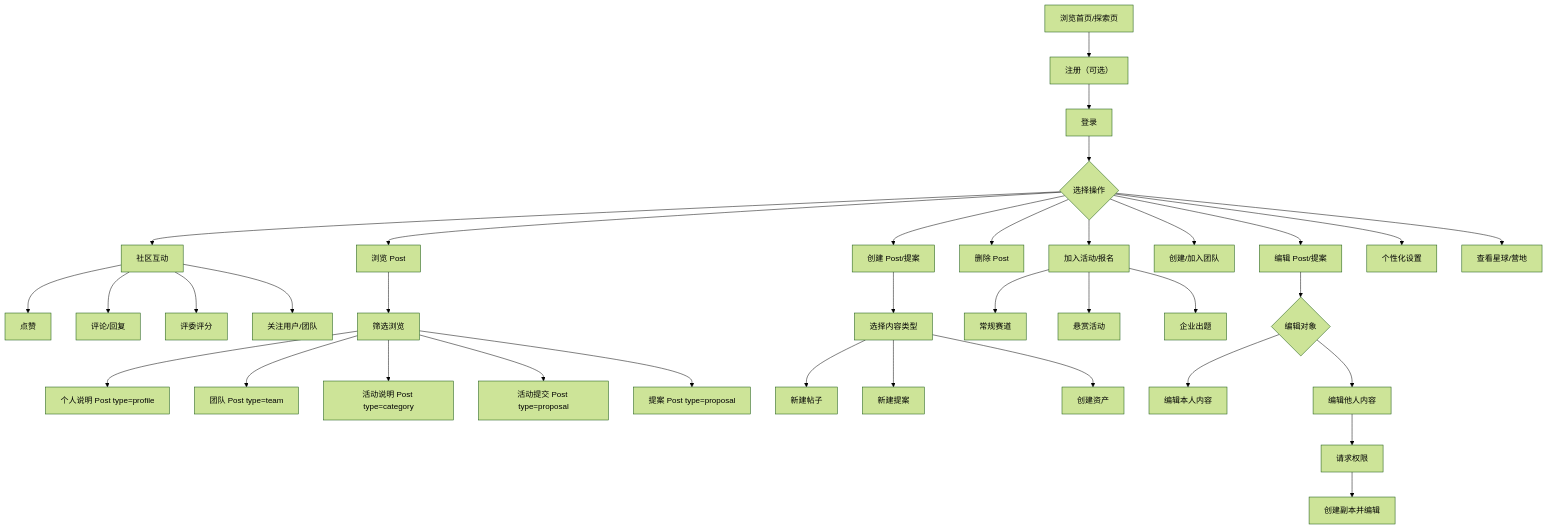
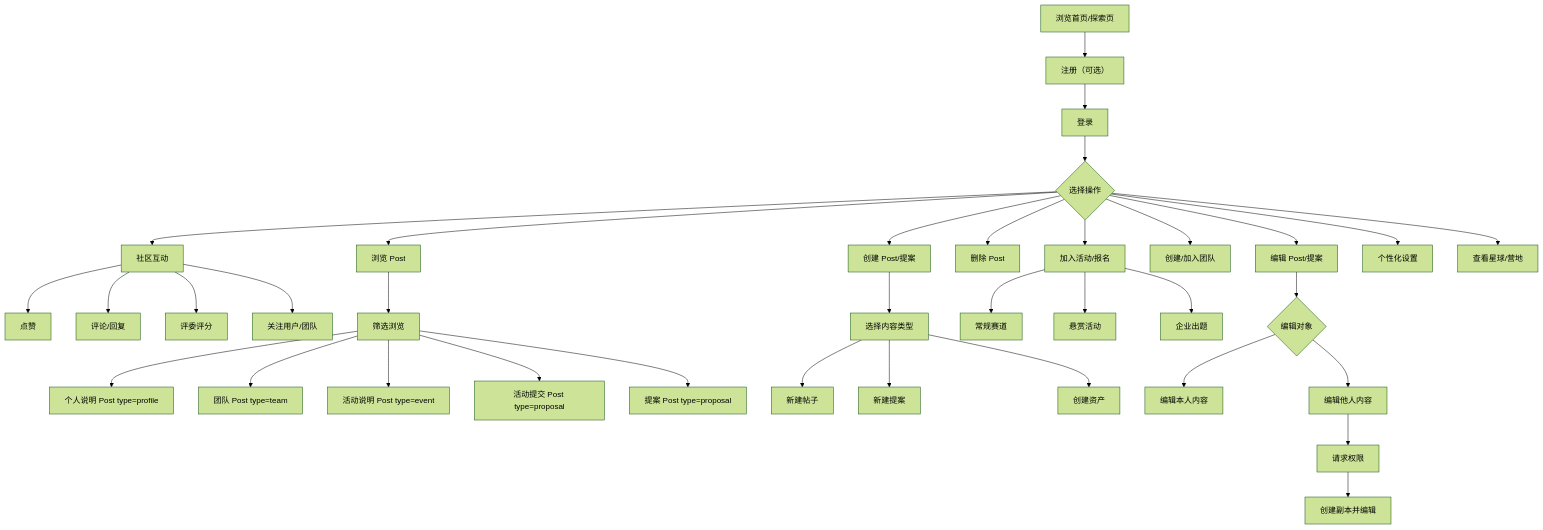
The diagram in docs/user-journeys/appendix-a-user-lifetime.md (H2OSLabs/SynnovatorZero), drawn with Mermaid (forest theme) before and after one commit. The commit also changed 210 other files, not shown here.

First line of the commit message:
refactor: rename 'category' to 'event' throughout codebase

````diff
--- a/docs/user-journeys/appendix-a-user-lifetime.md
+++ b/docs/user-journeys/appendix-a-user-lifetime.md
@@ -3,42 +3,42 @@
 ```mermaid
 flowchart TD
     A[浏览首页/探索页] --> B[注册（可选）]
     B --> C[登录]
     C --> D{选择操作}
     D --> E[浏览 Post]
     D --> F[创建 Post/提案]
     D --> G[编辑 Post/提案]
     D --> H[删除 Post]
     D --> I[加入活动/报名]
     D --> J[创建/加入团队]
     D --> K[社区互动]
     D --> L[个性化设置]
     D --> M[查看星球/营地]
 
     K --> K1[点赞]
     K --> K2[评论/回复]
     K --> K3[评委评分]
     K --> K4[关注用户/团队]
 
     E --> E1[筛选浏览]
     E1 --> E2[个人说明 Post type=profile]
     E1 --> E3[团队 Post type=team]
-    E1 --> E4[活动说明 Post type=category]
+    E1 --> E4[活动说明 Post type=event]
     E1 --> E5[活动提交 Post type=proposal]
     E1 --> E6[提案 Post type=proposal]
 
     F --> F1[选择内容类型]
     F1 --> F2[新建帖子]
     F1 --> F3[新建提案]
     F1 --> F4[创建资产]
 
     I --> I1[常规赛道]
     I --> I2[悬赏活动]
     I --> I3[企业出题]
 
     G --> G1{编辑对象}
     G1 --> G2[编辑本人内容]
     G1 --> G3[编辑他人内容]
     G3 --> G4[请求权限]
     G4 --> G5[创建副本并编辑]
 ```
````
